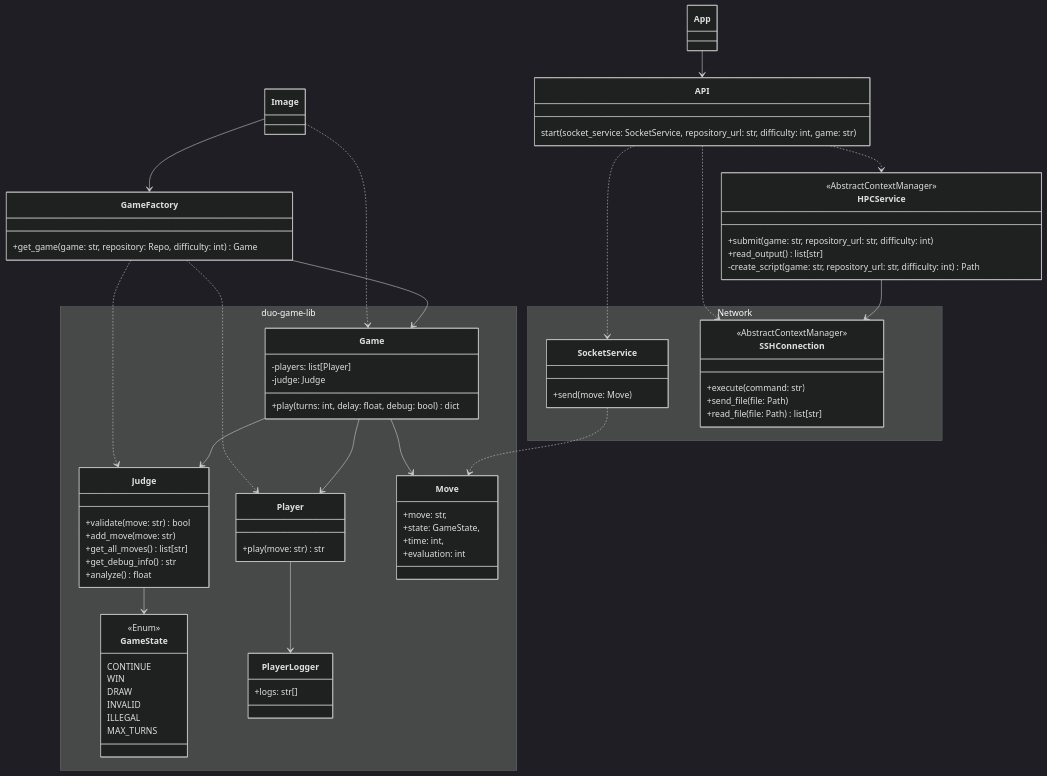
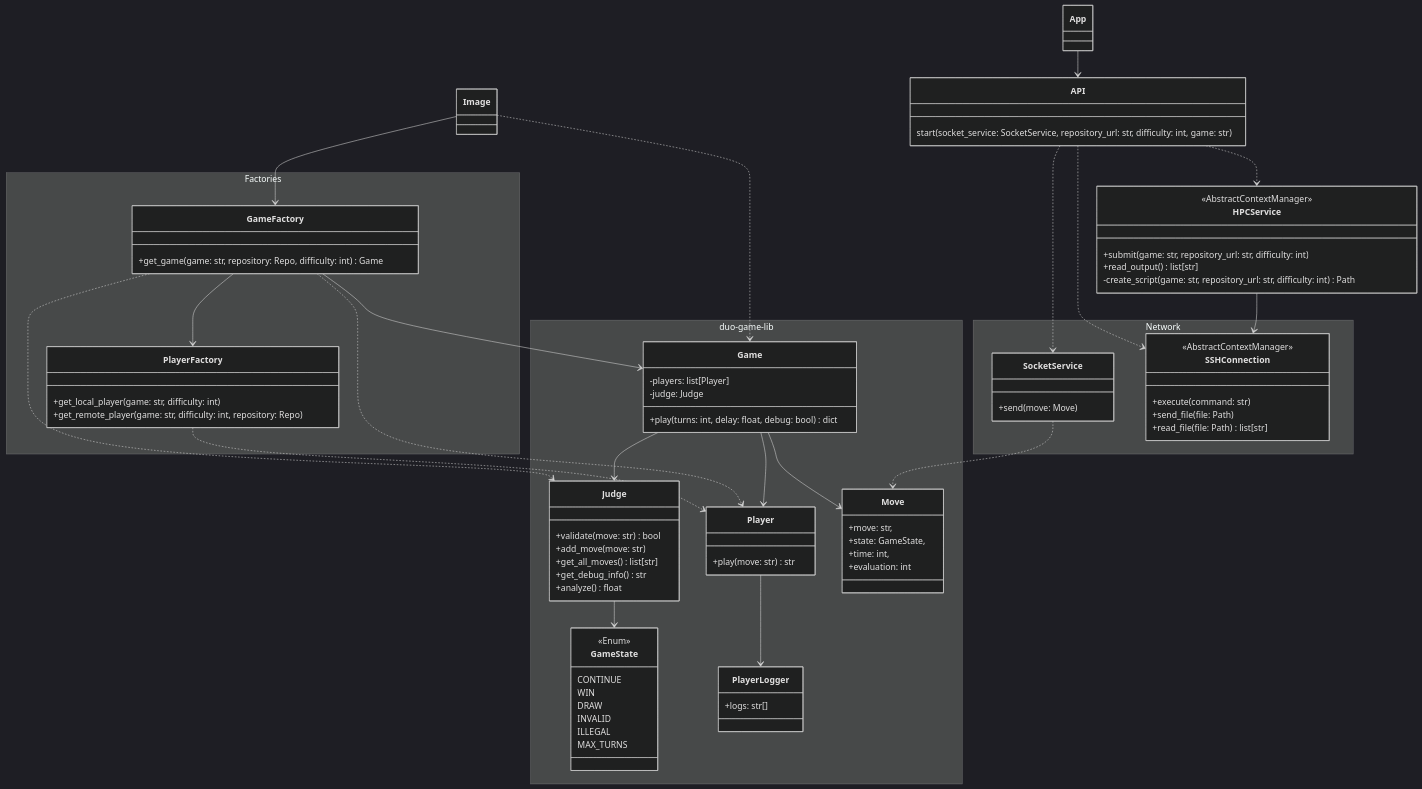
Before and after one commit to game-ai-platform-team/tira-ai-platform: the third of 5 diagrams in docs/architecture.md, drawn with Mermaid (dark theme).

Commit message:
docs(#119): Add PlayerFactory

```diff
--- a/docs/architecture.md
+++ b/docs/architecture.md
@@ -128,8 +128,11 @@
 API ..> HPCService
 HPCService --> SSHConnection
 
+Image ..> Game
 Image --> GameFactory
-Image ..> Game
+GameFactory --> PlayerFactory
+
+PlayerFactory ..> Player
 
 GameFactory ..> Judge
 GameFactory ..> Player
@@ -146,15 +149,22 @@
     start(socket_service: SocketService, repository_url: str, difficulty: int, game: str)
 }
 
-class GameFactory {
-    +get_game(game: str, repository: Repo, difficulty: int) Game
-}
-
 class HPCService {
     <<AbstractContextManager>>
     +submit(game: str, repository_url: str, difficulty: int)
     +read_output() list[str]
     -create_script(game: str, repository_url: str, difficulty: int) Path
+}
+
+namespace Factories {
+    class GameFactory {
+        +get_game(game: str, repository: Repo, difficulty: int) Game
+    }
+
+    class PlayerFactory {
+        +get_local_player(game: str, difficulty: int)
+        +get_remote_player(game: str, difficulty: int, repository: Repo)
+    }
 }
 
 namespace Network {
```
